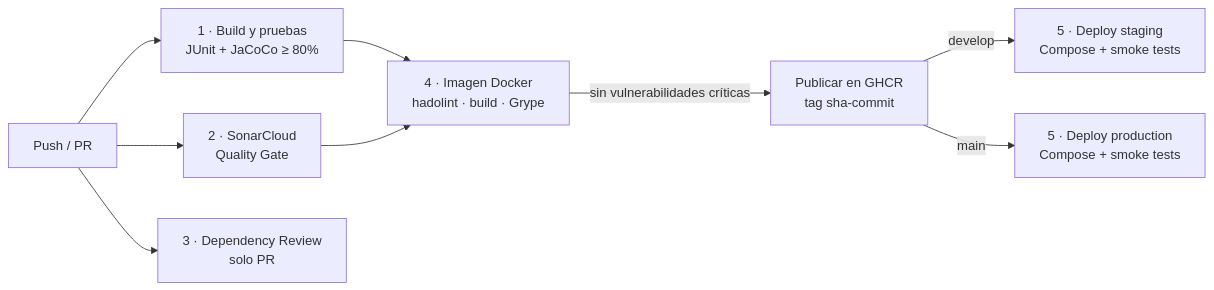
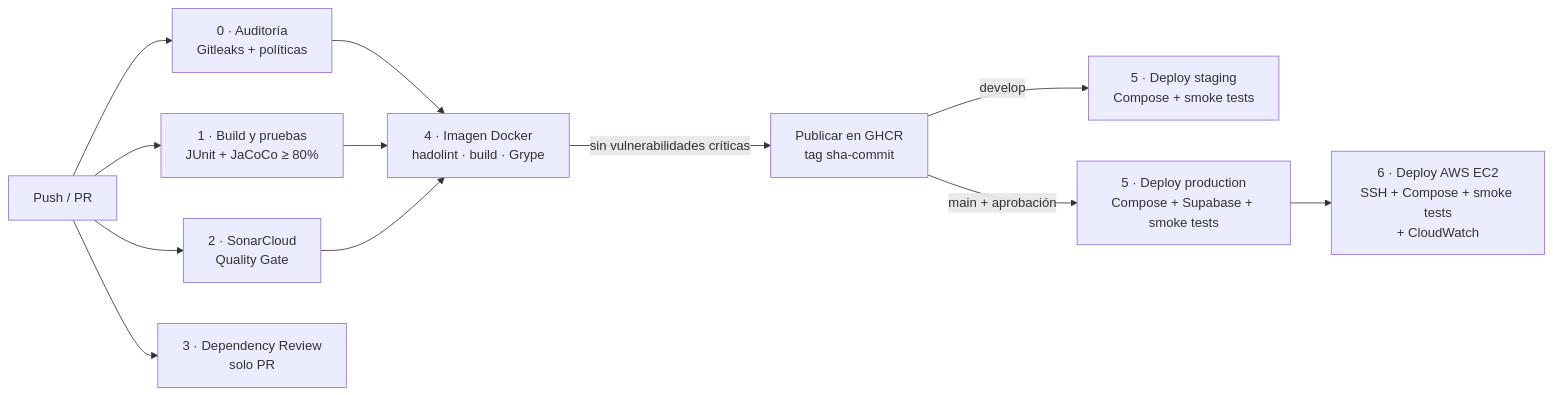
One commit to Diego-ptb/Pokemon-Microservicio changed the first of 2 diagrams in README.md. Above: the diagram before and after it, drawn with Mermaid. The commit also changed other lines of this file and 15 other files, not shown here.

Commit message:
feat(observabilidad): monitoreo CloudWatch, dashboard y auditoría de cumplimiento

````diff
--- a/README.md
+++ b/README.md
@@ -231,11 +242,14 @@
 ```mermaid
 flowchart LR
-    A[Push / PR] --> B[1 · Build y pruebas<br/>JUnit + JaCoCo ≥ 80%]
+    A[Push / PR] --> Z[0 · Auditoría<br/>Gitleaks + políticas]
+    A --> B[1 · Build y pruebas<br/>JUnit + JaCoCo ≥ 80%]
     A --> C[2 · SonarCloud<br/>Quality Gate]
     A --> D[3 · Dependency Review<br/>solo PR]
+    Z --> E
     B --> E[4 · Imagen Docker<br/>hadolint · build · Grype]
     C --> E
     E -->|sin vulnerabilidades críticas| F[Publicar en GHCR<br/>tag sha-commit]
     F -->|develop| G[5 · Deploy staging<br/>Compose + smoke tests]
-    F -->|main| H[5 · Deploy production<br/>Compose + smoke tests]
+    F -->|main + aprobación| H[5 · Deploy production<br/>Compose + Supabase + smoke tests]
+    H --> I[6 · Deploy AWS EC2<br/>SSH + Compose + smoke tests<br/>+ CloudWatch]
 ```
````
